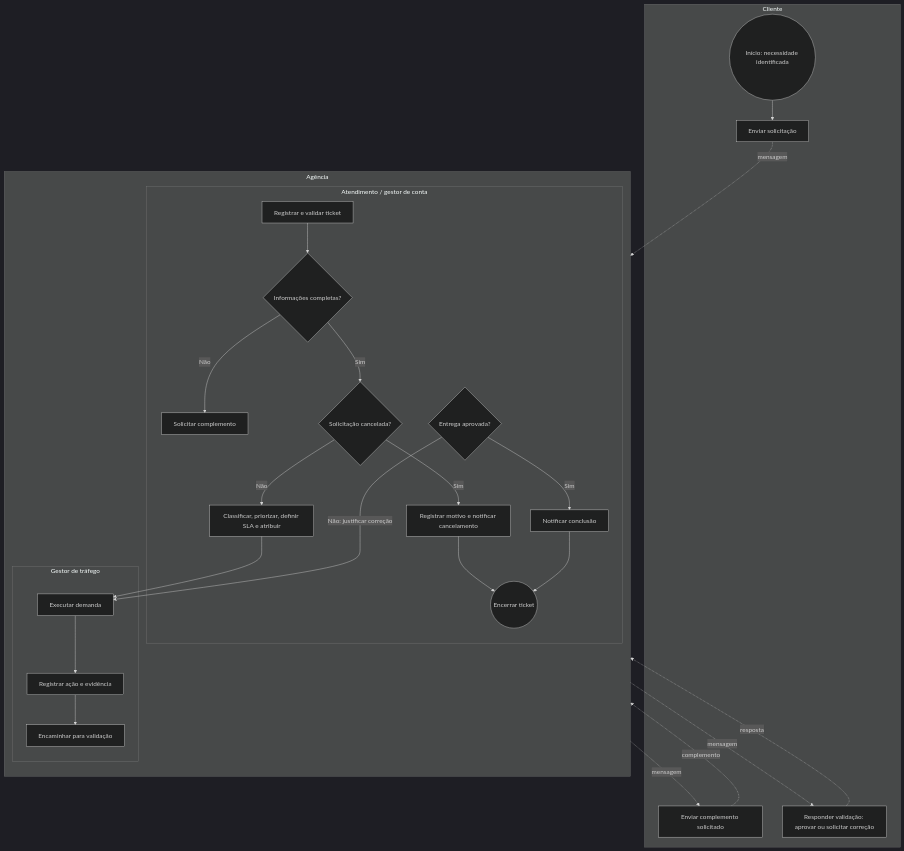
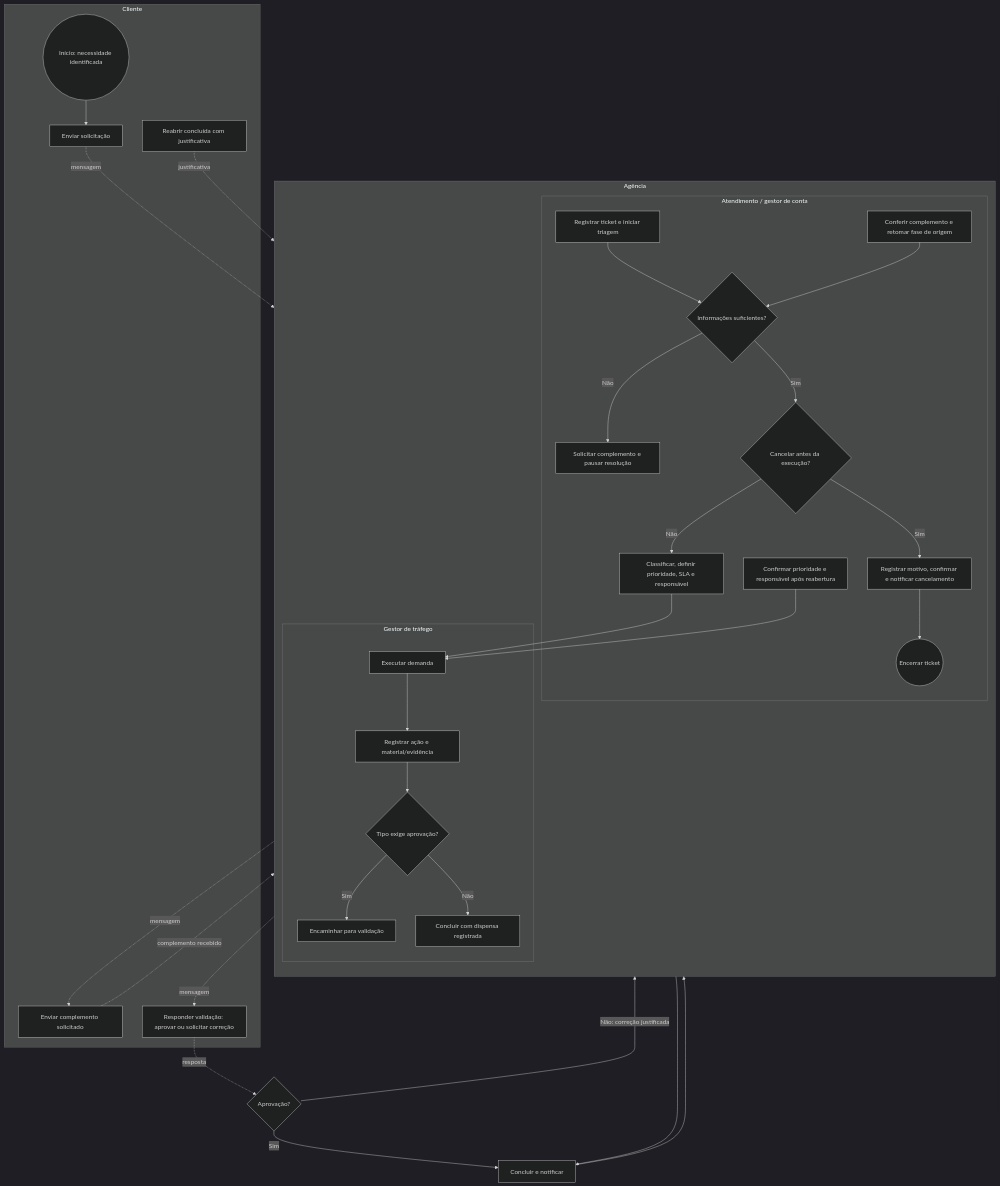
Before and after one commit to NayaraFJ/TI-Sistemas-Integrados: the diagram in Trabalho/Documentacao do Projeto/Processo/BPMN - Processo To Be.md, drawn with Mermaid (dark theme). The commit also changed other lines of this file and 9 other files, not shown here.

````diff
--- a/Trabalho/Documentacao do Projeto/Processo/BPMN - Processo To Be.md
+++ b/Trabalho/Documentacao do Projeto/Processo/BPMN - Processo To Be.md
@@ -24,35 +24,43 @@
 ```mermaid
 flowchart TB
     subgraph Cliente[Cliente]
         A((Início: necessidade identificada)) --> B[Enviar solicitação]
         L[Enviar complemento solicitado]
         M[Responder validação: aprovar ou solicitar correção]
+        R[Reabrir concluída com justificativa]
     end
 
     subgraph Agencia[Agência]
         direction TB
         subgraph Atendimento[Atendimento / gestor de conta]
-            C[Registrar e validar ticket] --> D{Informações completas?}
-            D -- Não --> E[Solicitar complemento]
-            D -- Sim --> F{Solicitação cancelada?}
-            F -- Sim --> G[Registrar motivo e notificar cancelamento]
+            C[Registrar ticket e iniciar triagem] --> D{Informações suficientes?}
+            D -- Não --> E[Solicitar complemento e pausar resolução]
+            D -- Sim --> F{Cancelar antes da execução?}
+            F -- Sim --> G[Registrar motivo, confirmar e notificar cancelamento]
             G --> O((Encerrar ticket))
-            F -- Não --> H[Classificar, priorizar, definir SLA e atribuir]
-            N{Entrega aprovada?}
-            N -- Sim --> Q[Notificar conclusão]
-            Q --> O
+            F -- Não --> H[Classificar, definir prioridade, SLA e responsável]
+            S[Conferir complemento e retomar fase de origem]
+            U[Confirmar prioridade e responsável após reabertura]
         end
         subgraph Trafego[Gestor de tráfego]
-            I[Executar demanda] --> J[Registrar ação e evidência]
-            J --> K[Encaminhar para validação]
+            I[Executar demanda] --> J[Registrar ação e material/evidência]
+            J --> P{Tipo exige aprovação?}
+            P -- Sim --> K[Encaminhar para validação]
+            P -- Não --> Q[Concluir com dispensa registrada]
         end
     end
 
     B -. mensagem .-> C
     E -. mensagem .-> L
-    L -. complemento .-> C
+    L -. complemento recebido .-> S
+    S --> D
     H --> I
     K -. mensagem .-> M
-    M -. resposta .-> N
-    N -- Não: justificar correção --> I
+    M -. resposta .-> N{Aprovação?}
+    N -- Sim --> V[Concluir e notificar]
+    N -- Não: correção justificada --> U
+    Q --> V
+    V --> O
+    R -. justificativa .-> U
+    U --> I
 ```
````
